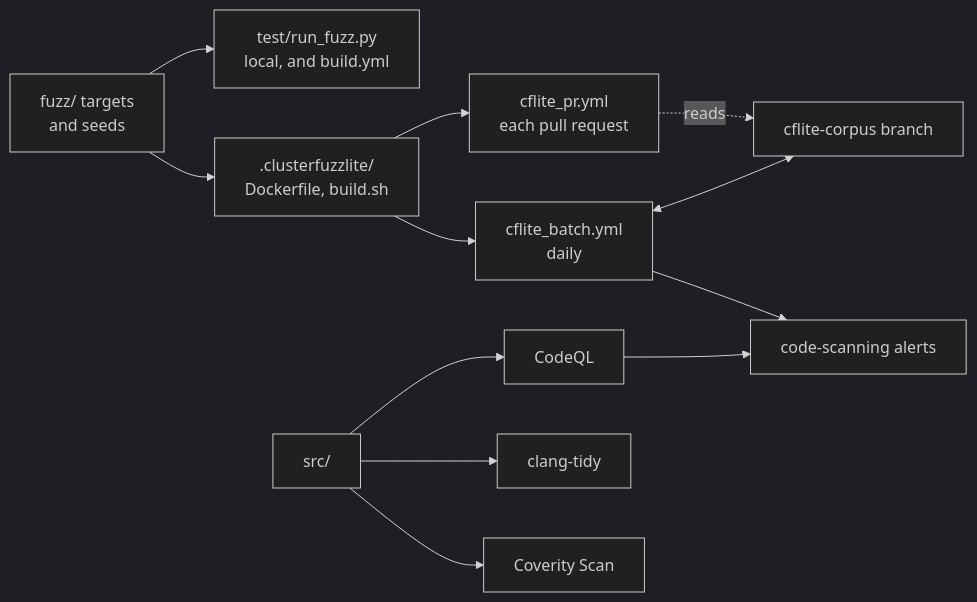
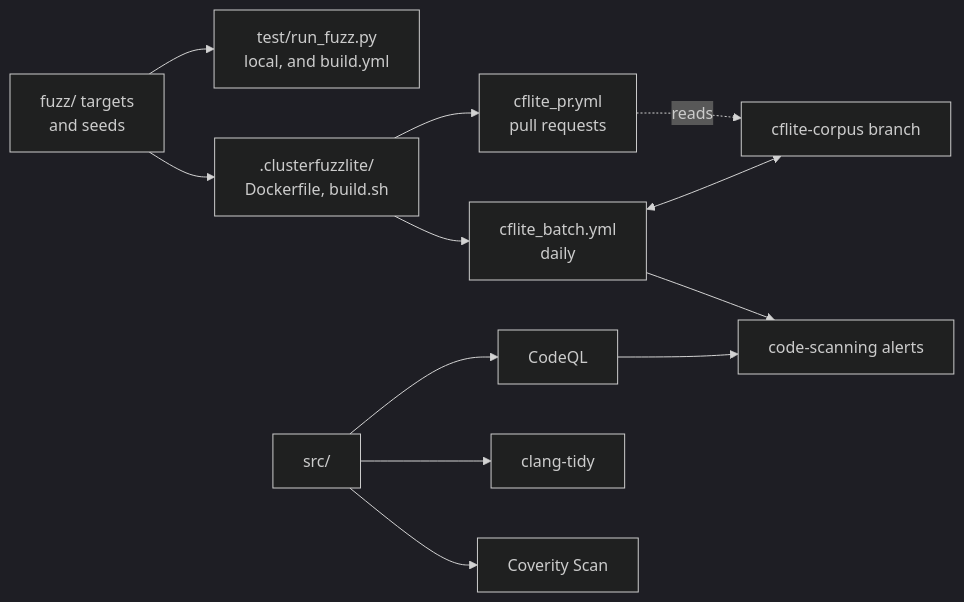
Before and after one commit to DanielTillett/klin: the diagram in doc/FUZZING.md, drawn with Mermaid (dark theme). The commit also changed other lines of this file and 25 other files, not shown here.

````diff
--- a/doc/FUZZING.md
+++ b/doc/FUZZING.md
@@ -13,14 +12,14 @@
 ```mermaid
 flowchart LR
     F["fuzz/ targets<br/>and seeds"] --> L["test/run_fuzz.py<br/>local, and build.yml"]
     F --> CF[".clusterfuzzlite/<br/>Dockerfile, build.sh"]
-    CF --> PR["cflite_pr.yml<br/>each pull request"]
+    CF --> PR["cflite_pr.yml<br/>pull requests"]
     CF --> BA["cflite_batch.yml<br/>daily"]
     BA <--> CO["cflite-corpus branch"]
     PR -. reads .-> CO
     BA --> CS["code-scanning alerts"]
     S["src/"] --> Q["CodeQL"]
     S --> T["clang-tidy"]
     S --> CV["Coverity Scan"]
     Q --> CS
 ```
````
